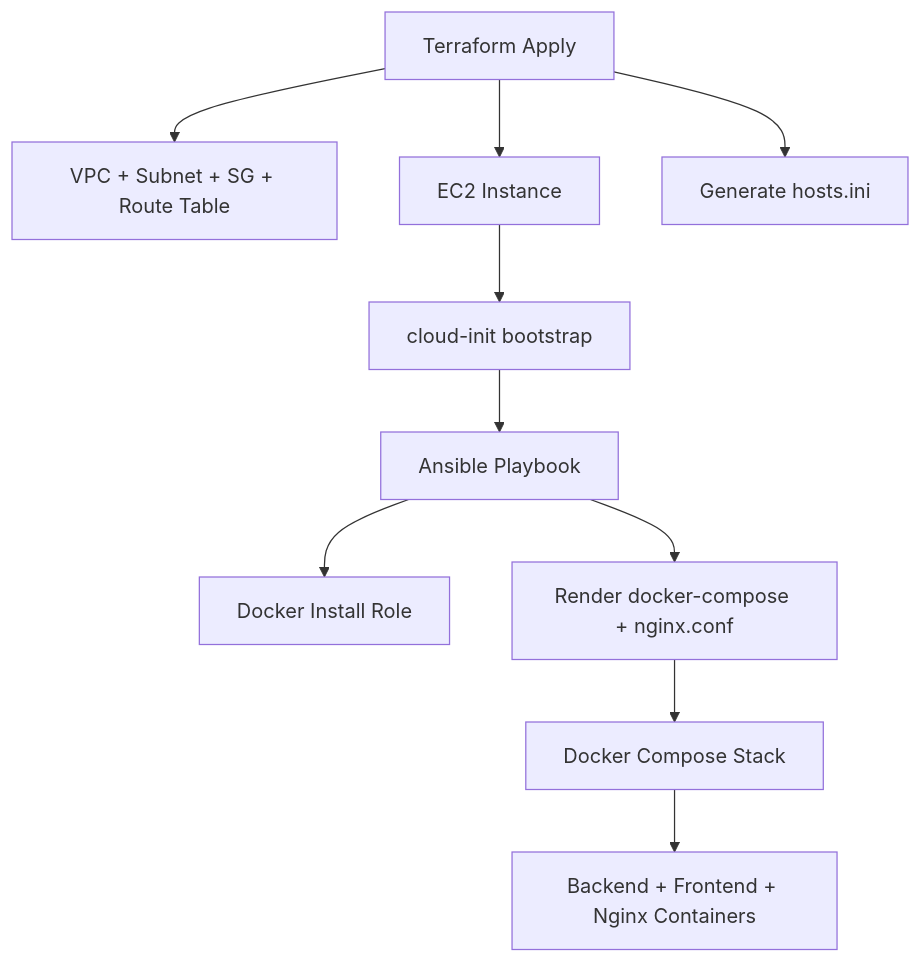
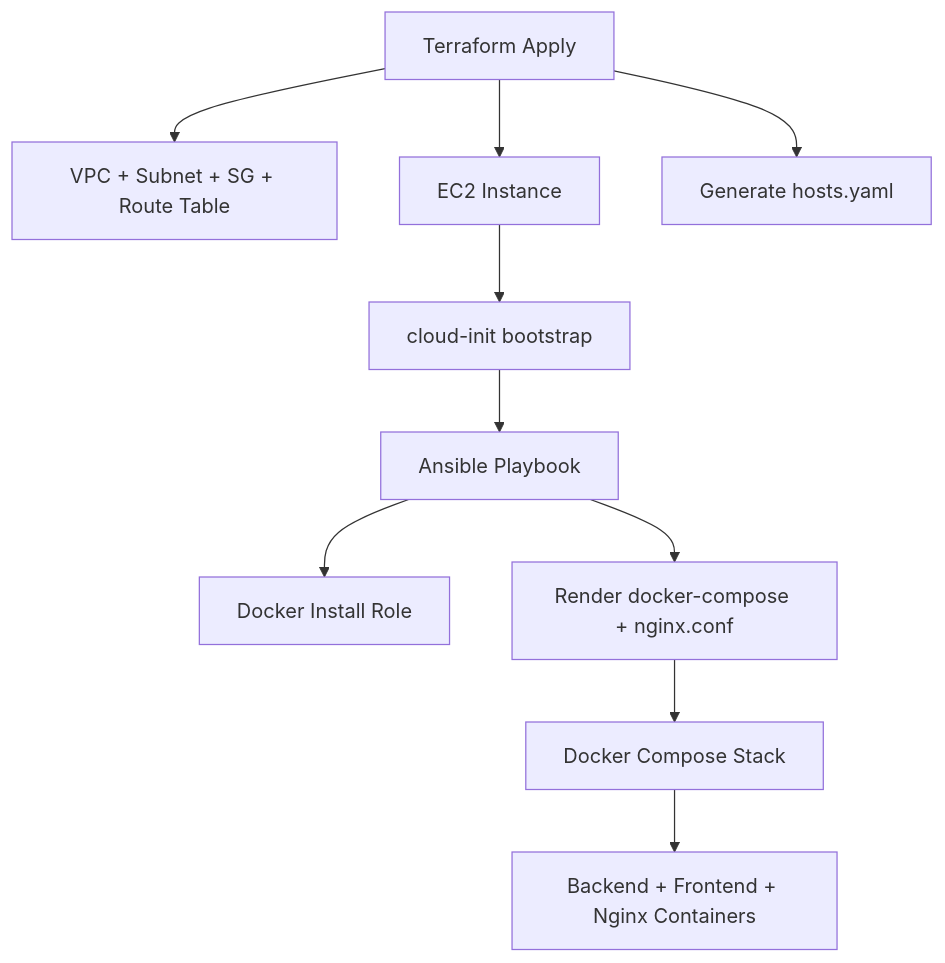
The diagram in ansible/README.md (LaurisNeimanis/ccore-ai-infra), drawn with Mermaid before and after one commit. The commit also changed other lines of this file and 13 other files, not shown here.

````diff
--- a/ansible/README.md
+++ b/ansible/README.md
@@ -140,15 +140,15 @@
-```mermaid
+``` mermaid
 flowchart TD
     A[Terraform Apply] --> B[VPC + Subnet + SG + Route Table]
     A --> C[EC2 Instance]
-    A --> D[Generate hosts.ini]
+    A --> D[Generate hosts.yaml]
 
     C --> E[cloud-init bootstrap]
     E --> F[Ansible Playbook]
 
     F --> G[Docker Install Role]
     F --> H[Render docker-compose + nginx.conf]
 
     H --> I[Docker Compose Stack]
     I --> J[Backend + Frontend + Nginx Containers]
 ```
````
